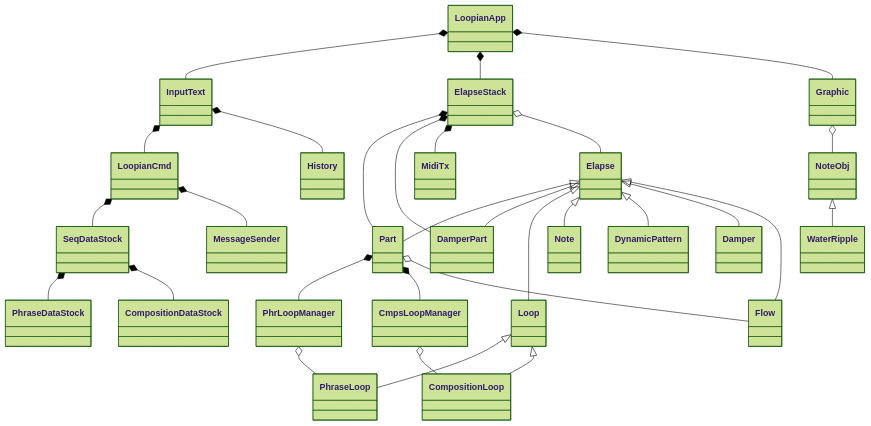
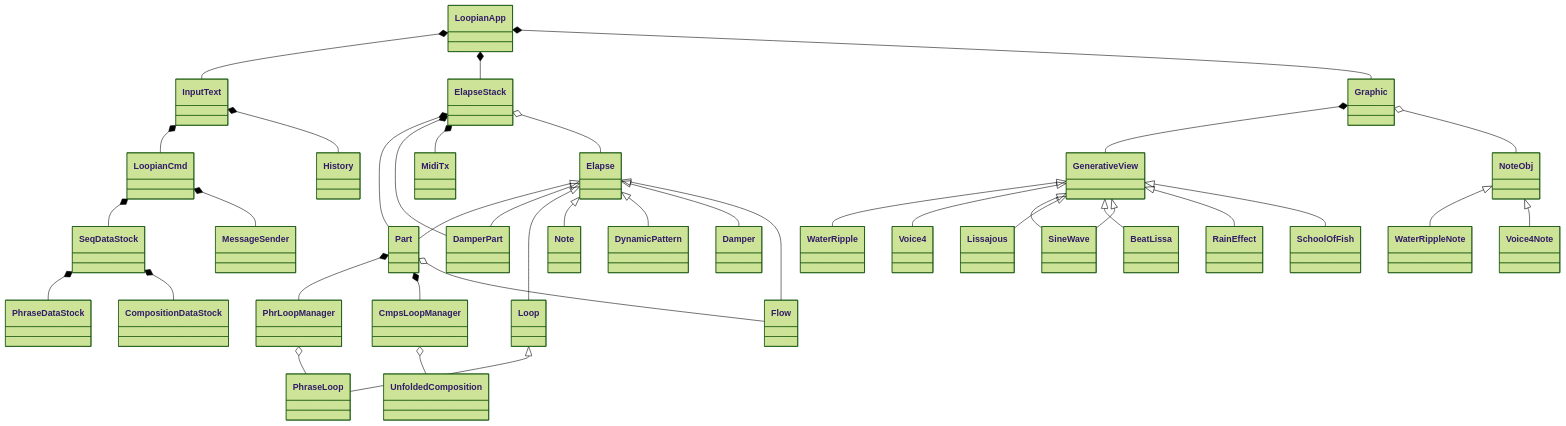
One commit to hasebems/Loopian_Rust changed the diagram in doc/idea.md. Above: the diagram before and after it, drawn with Mermaid (forest theme). The commit also changed other lines of this file, not shown here.

````diff
--- a/doc/idea.md
+++ b/doc/idea.md
@@ -154,32 +154,41 @@
 ```mermaid
 classDiagram
 LoopianApp *-- InputText
 LoopianApp *-- ElapseStack
 LoopianApp *-- Graphic
 InputText *-- LoopianCmd
 InputText *-- History
+LoopianCmd *-- SeqDataStock
+LoopianCmd *-- MessageSender
+SeqDataStock *-- PhraseDataStock
+SeqDataStock *-- CompositionDataStock
 Elapse <|-- Part
 Elapse <|-- DamperPart
 Elapse <|-- Loop
-Loop <|-- PhraseLoop
-Loop <|-- CompositionLoop
 Elapse <|-- Note
 Elapse <|-- DynamicPattern
 Elapse <|-- Damper
 Elapse <|-- Flow
+Loop <|-- PhraseLoop
 ElapseStack *-- Part
 ElapseStack *-- DamperPart
 ElapseStack *-- MidiTx
 ElapseStack o-- Elapse
-LoopianCmd *-- SeqDataStock
-LoopianCmd *-- MessageSender
-SeqDataStock *-- PhraseDataStock
-SeqDataStock *-- CompositionDataStock
+PhrLoopManager o-- PhraseLoop
+CmpsLoopManager o-- UnfoldedComposition
 Part *-- PhrLoopManager
 Part *-- CmpsLoopManager
 Part o-- Flow
-PhrLoopManager o-- PhraseLoop
-CmpsLoopManager o-- CompositionLoop
+Graphic *-- GenerativeView
 Graphic o-- NoteObj
-NoteObj <|-- WaterRipple
+GenerativeView <|-- WaterRipple
+GenerativeView <|-- Voice4
+GenerativeView <|-- SineWave
+GenerativeView <|-- Lissajous
+GenerativeView <|-- BeatLissa
+GenerativeView <|-- SineWave
+GenerativeView <|-- RainEffect
+GenerativeView <|-- SchoolOfFish
+NoteObj <|-- WaterRippleNote
+NoteObj <|-- Voice4Note
 ```
````
